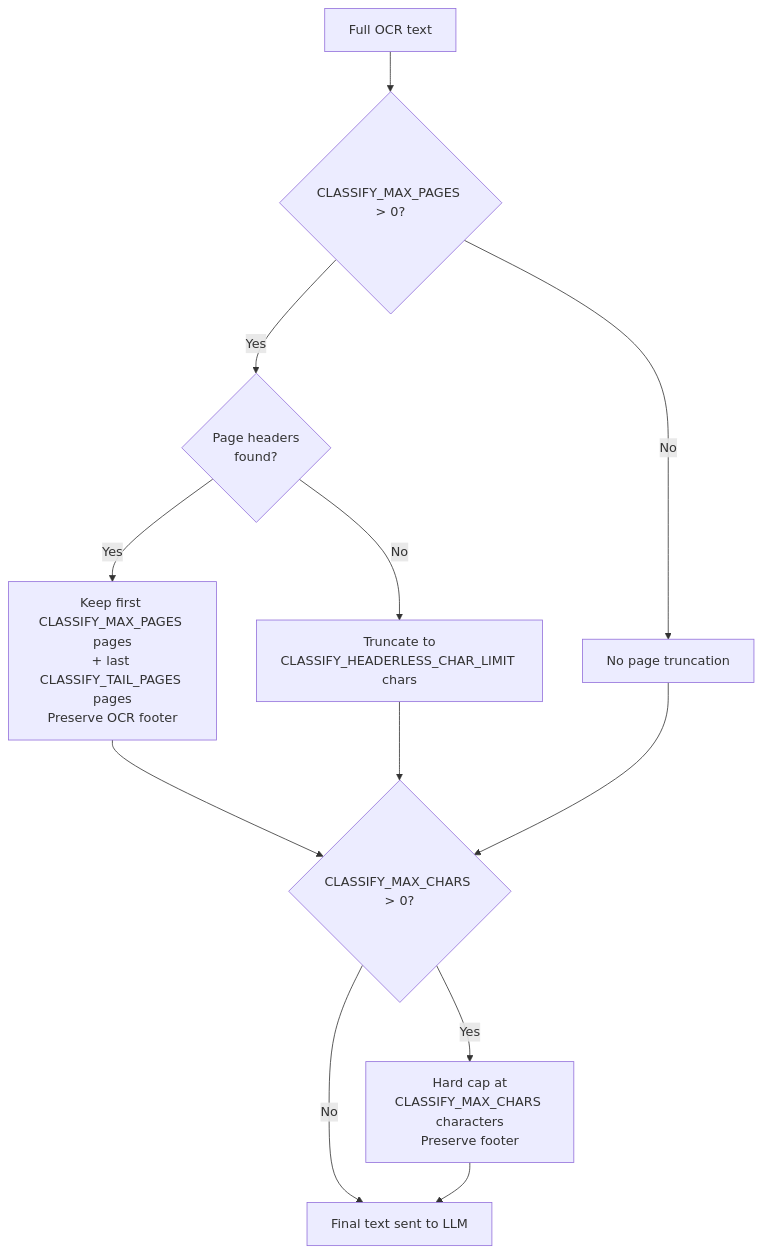
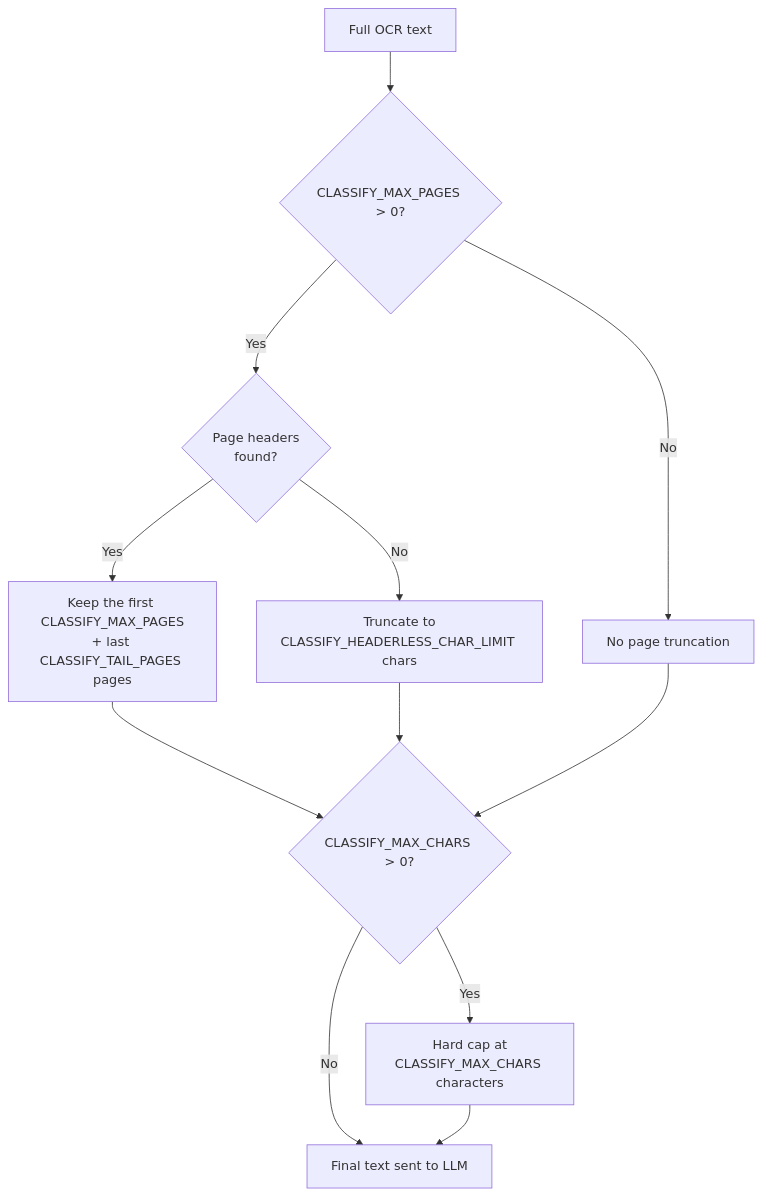
Before and after one commit to rossetv/paperless-ai: the second of 3 diagrams in docs/classification-pipeline.md, drawn with Mermaid. The commit also changed other lines of this file and 12 other files, not shown here.

````diff
--- a/docs/classification-pipeline.md
+++ b/docs/classification-pipeline.md
@@ -66,14 +71,14 @@
 ```mermaid
 flowchart TD
     A[Full OCR text] --> B{CLASSIFY_MAX_PAGES > 0?}
+    B -- No --> F[No page truncation]
     B -- Yes --> C{Page headers\nfound?}
-    C -- Yes --> D["Keep first CLASSIFY_MAX_PAGES pages\n+ last CLASSIFY_TAIL_PAGES pages\nPreserve OCR footer"]
+    C -- Yes --> D["Keep the first CLASSIFY_MAX_PAGES\n+ last CLASSIFY_TAIL_PAGES pages"]
     C -- No --> E["Truncate to\nCLASSIFY_HEADERLESS_CHAR_LIMIT chars"]
-    B -- No --> F[No page truncation]
     D --> G{CLASSIFY_MAX_CHARS > 0?}
     E --> G
     F --> G
-    G -- Yes --> H["Hard cap at\nCLASSIFY_MAX_CHARS characters\nPreserve footer"]
     G -- No --> I[Final text sent to LLM]
+    G -- Yes --> H["Hard cap at\nCLASSIFY_MAX_CHARS characters"]
     H --> I
 ```
````
